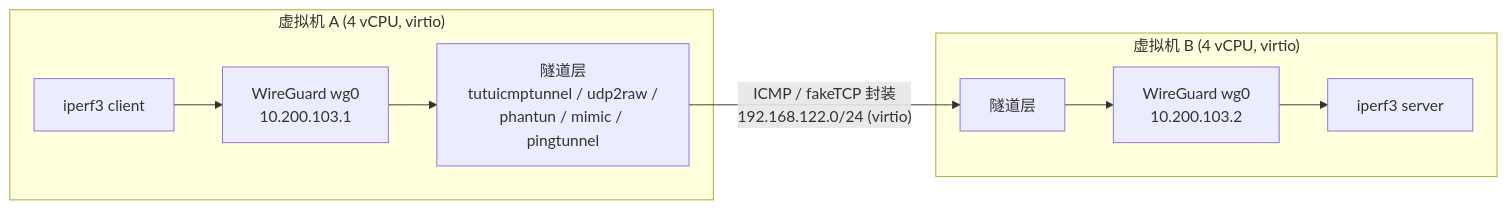
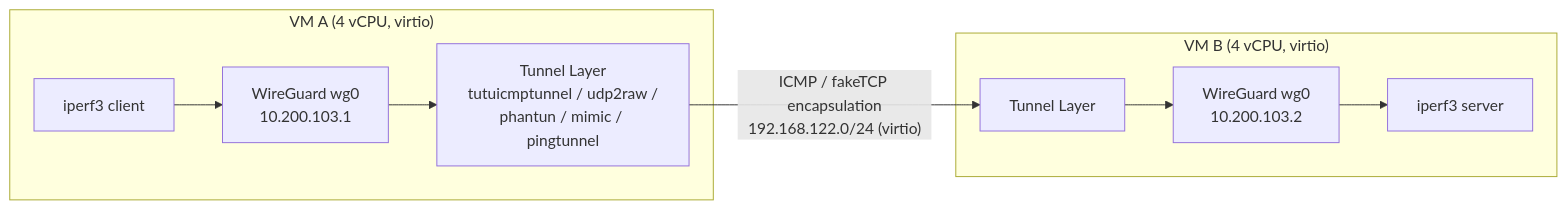
Before and after one commit to hrimfaxi/tutuicmptunnel: the first of 3 diagrams in docs/benchmark.md, drawn with Mermaid. The commit also changed other lines of this file and 16 other files, not shown here.

````diff
--- a/docs/benchmark.md
+++ b/docs/benchmark.md
@@ -12,12 +16,12 @@
 ```mermaid
 flowchart LR
-    subgraph VMA["虚拟机 A (4 vCPU, virtio)"]
+    subgraph VMA["VM A (4 vCPU, virtio)"]
         A1[iperf3 client] --> A2[WireGuard wg0<br/>10.200.103.1]
-        A2 --> A3[隧道层<br/>tutuicmptunnel / udp2raw /<br/>phantun / mimic / pingtunnel]
+        A2 --> A3[Tunnel Layer<br/>tutuicmptunnel / udp2raw /<br/>phantun / mimic / pingtunnel]
     end
-    subgraph VMB["虚拟机 B (4 vCPU, virtio)"]
-        B3[隧道层] --> B2[WireGuard wg0<br/>10.200.103.2]
+    subgraph VMB["VM B (4 vCPU, virtio)"]
+        B3[Tunnel Layer] --> B2[WireGuard wg0<br/>10.200.103.2]
         B2 --> B1[iperf3 server]
     end
-    A3 -- "ICMP / fakeTCP 封装<br/>192.168.122.0/24 (virtio)" --> B3
+    A3 -- "ICMP / fakeTCP encapsulation<br/>192.168.122.0/24 (virtio)" --> B3
 ```
````
